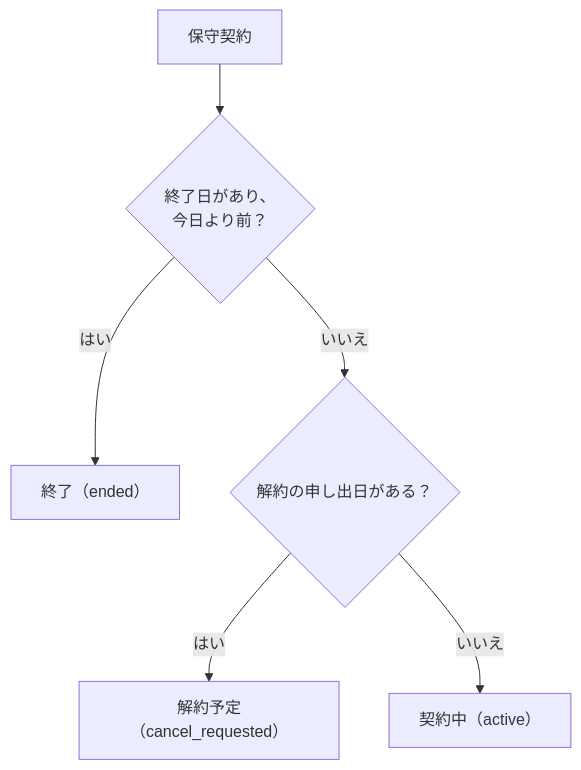
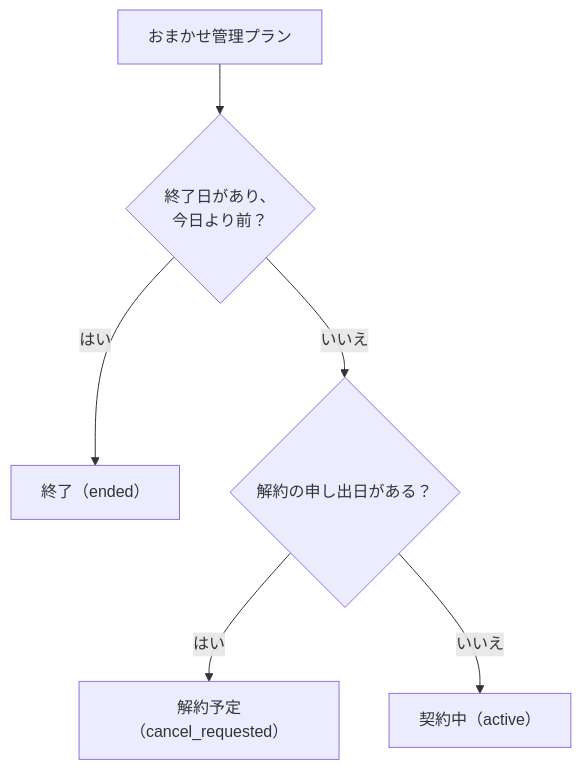
Before and after one commit to NakagawaTakato/company: the fifth of 5 diagrams in docs/詳細設計書/06_処理設計.md, drawn with Mermaid. The commit also changed other lines of this file and 42 other files, not shown here.

````diff
--- a/docs/詳細設計書/06_処理設計.md
+++ b/docs/詳細設計書/06_処理設計.md
@@ -543,8 +550,8 @@
 ```mermaid
 flowchart TD
-  S["保守契約"] --> Q1{"終了日があり、<br>今日より前？"}
+  S["おまかせ管理プラン"] --> Q1{"終了日があり、<br>今日より前？"}
   Q1 -->|はい| E["終了（ended）"]
   Q1 -->|いいえ| Q2{"解約の申し出日がある？"}
   Q2 -->|はい| C["解約予定（cancel_requested）"]
   Q2 -->|いいえ| A["契約中（active）"]
 ```
````
